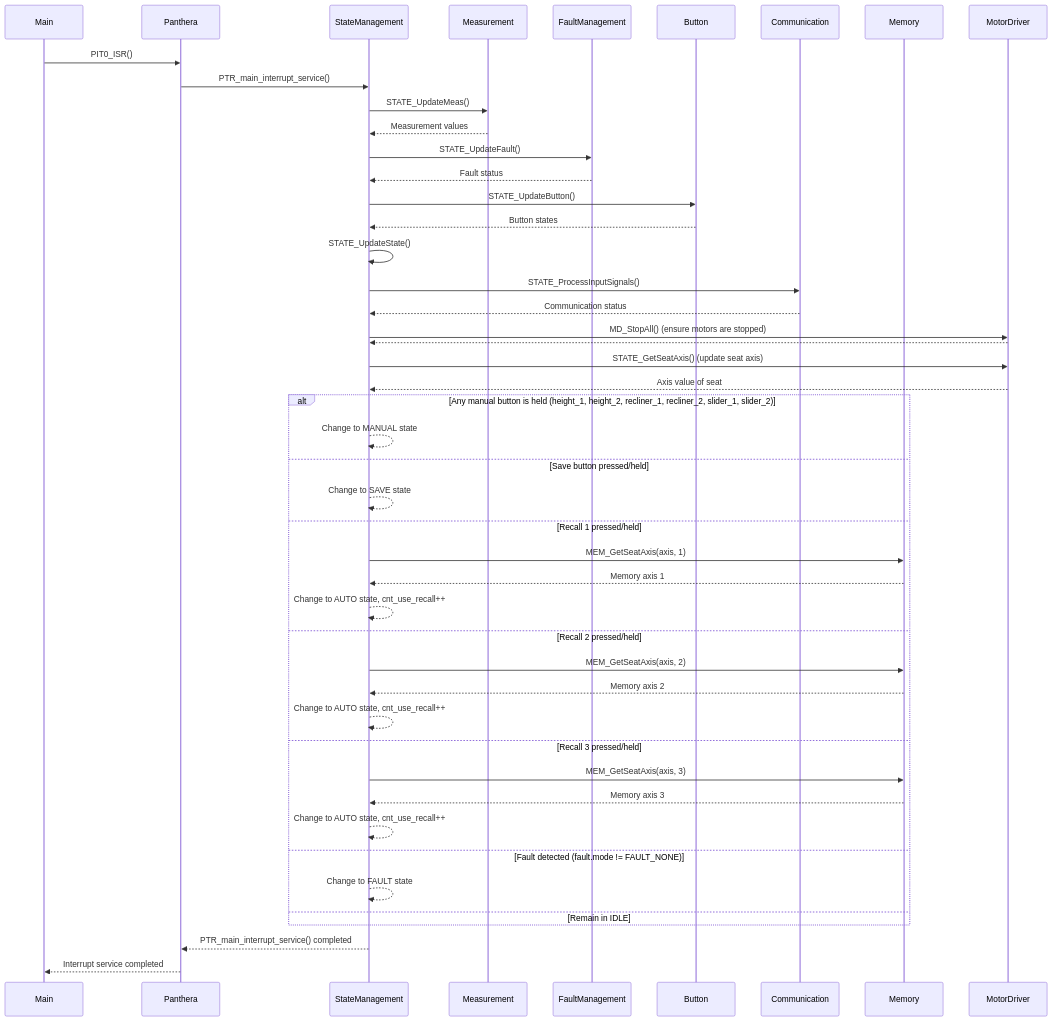
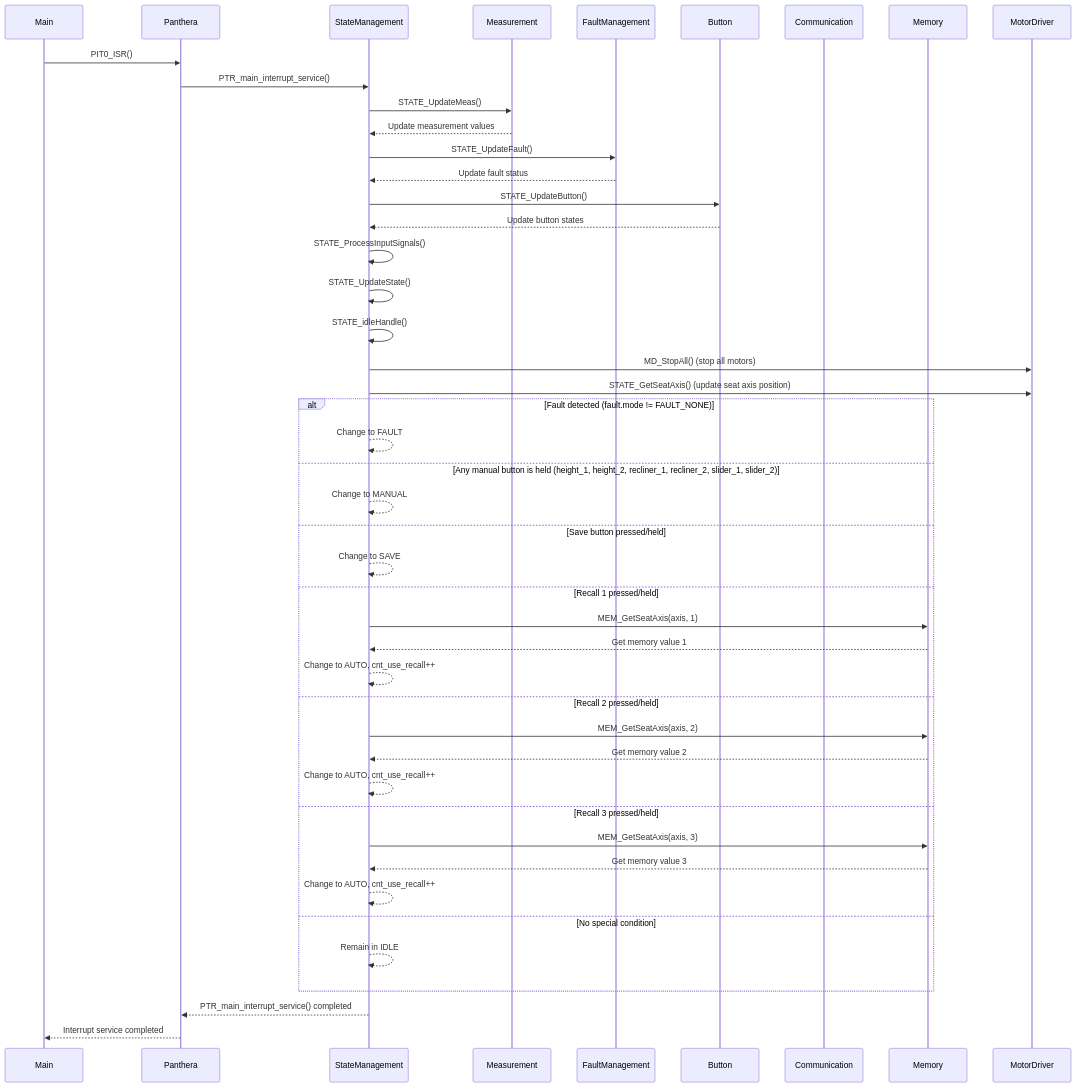
The diagram in Document/DetailState/State_Idle.md (lab-vncommic/PantheraProject), drawn with Mermaid before and after one commit. The commit also changed 11 other files, not shown here.

````diff
--- a/Document/DetailState/State_Idle.md
+++ b/Document/DetailState/State_Idle.md
@@ -1,58 +1,49 @@
 ```mermaid
 sequenceDiagram
     participant Main as Main
     participant App as Panthera
     participant State as StateManagement
     participant Meas as Measurement
     participant Fault as FaultManagement
     participant Btn as Button
     participant Comm as Communication
     participant Mem as Memory
     participant Motor as MotorDriver
 
     Main->>App: PIT0_ISR()
     App->>State: PTR_main_interrupt_service()
     State->>Meas: STATE_UpdateMeas()
-    Meas-->>State: Measurement values
-
+    Meas-->>State: Update measurement values
     State->>Fault: STATE_UpdateFault()
-    Fault-->>State: Fault status
-
+    Fault-->>State: Update fault status
     State->>Btn: STATE_UpdateButton()
-    Btn-->>State: Button states
-    
+    Btn-->>State: Update button states
+    State->>State: STATE_ProcessInputSignals()
     State->>State: STATE_UpdateState()
-
-    State->>Comm: STATE_ProcessInputSignals()
-    Comm-->>State: Communication status
-
-    State->>Motor: MD_StopAll() (ensure motors are stopped)
-    Motor-->>State:
-
-    State->>Motor: STATE_GetSeatAxis() (update seat axis)
-    Motor-->>State: Axis value of seat
-
-    %% Điều kiện chuyển state từ IDLE (xét ở cuối)
-    alt Any manual button is held (height_1, height_2, recliner_1, recliner_2, slider_1, slider_2)
-        State-->>State: Change to MANUAL state
+    State->>State: STATE_idleHandle()
+    State->>Motor: MD_StopAll() (stop all motors)
+    State->>Motor: STATE_GetSeatAxis() (update seat axis position)
+    alt Fault detected (fault.mode != FAULT_NONE)
+        State-->>State: Change to FAULT
+    else Any manual button is held (height_1, height_2, recliner_1, recliner_2, slider_1, slider_2)
+        State-->>State: Change to MANUAL
     else Save button pressed/held
-        State-->>State: Change to SAVE state
+        State-->>State: Change to SAVE
     else Recall 1 pressed/held
         State->>Mem: MEM_GetSeatAxis(axis, 1)
-        Mem-->>State: Memory axis 1
-        State-->>State: Change to AUTO state, cnt_use_recall++
+        Mem-->>State: Get memory value 1
+        State-->>State: Change to AUTO, cnt_use_recall++
     else Recall 2 pressed/held
         State->>Mem: MEM_GetSeatAxis(axis, 2)
-        Mem-->>State: Memory axis 2
-        State-->>State: Change to AUTO state, cnt_use_recall++
+        Mem-->>State: Get memory value 2
+        State-->>State: Change to AUTO, cnt_use_recall++
     else Recall 3 pressed/held
         State->>Mem: MEM_GetSeatAxis(axis, 3)
-        Mem-->>State: Memory axis 3
-        State-->>State: Change to AUTO state, cnt_use_recall++
-    else Fault detected (fault.mode != FAULT_NONE)
-        State-->>State: Change to FAULT state
-    else Remain in IDLE
+        Mem-->>State: Get memory value 3
+        State-->>State: Change to AUTO, cnt_use_recall++
+    else No special condition
+        State-->>State: Remain in IDLE
     end
     State-->>App: PTR_main_interrupt_service() completed
     App-->>Main: Interrupt service completed
 ```
````
